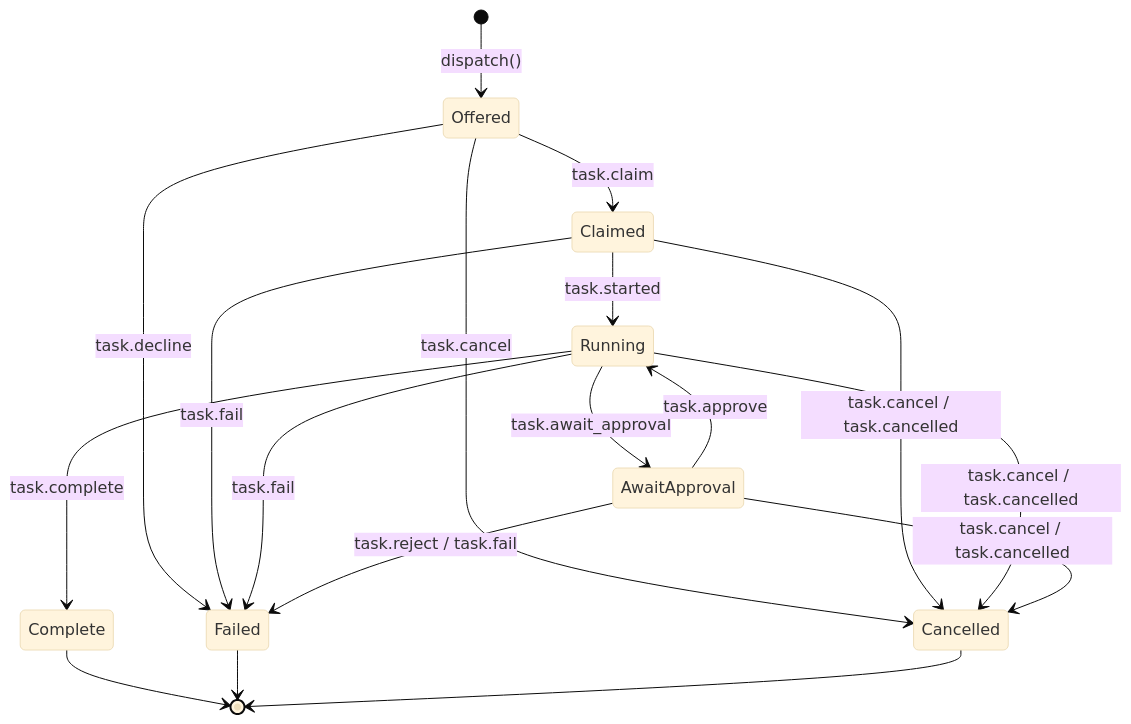
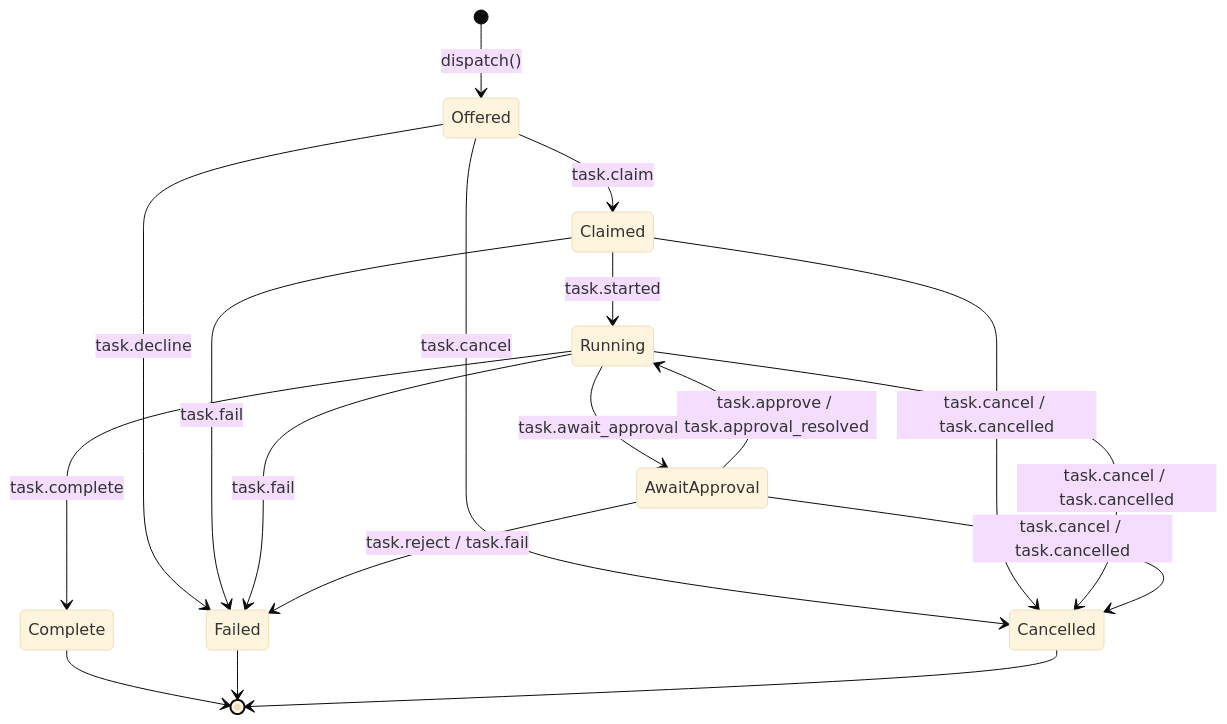
Before and after one commit to Ancienttwo/byok-sdk: the diagram in docs/protocol.md, drawn with Mermaid (base theme). The commit also changed other lines of this file and 10 other files, not shown here.

````diff
--- a/docs/protocol.md
+++ b/docs/protocol.md
@@ -1741,20 +1785,20 @@
 ```mermaid
 stateDiagram-v2
     [*] --> Offered: dispatch()
     Offered --> Claimed: task.claim
     Offered --> Cancelled: task.cancel
     Offered --> Failed: task.decline
     Claimed --> Running: task.started
     Claimed --> Failed: task.fail
     Claimed --> Cancelled: task.cancel / task.cancelled
     Running --> AwaitApproval: task.await_approval
     Running --> Complete: task.complete
     Running --> Failed: task.fail
     Running --> Cancelled: task.cancel / task.cancelled
-    AwaitApproval --> Running: task.approve
+    AwaitApproval --> Running: task.approve / task.approval_resolved
     AwaitApproval --> Failed: task.reject / task.fail
     AwaitApproval --> Cancelled: task.cancel / task.cancelled
     Complete --> [*]
     Failed --> [*]
     Cancelled --> [*]
 ```
````
